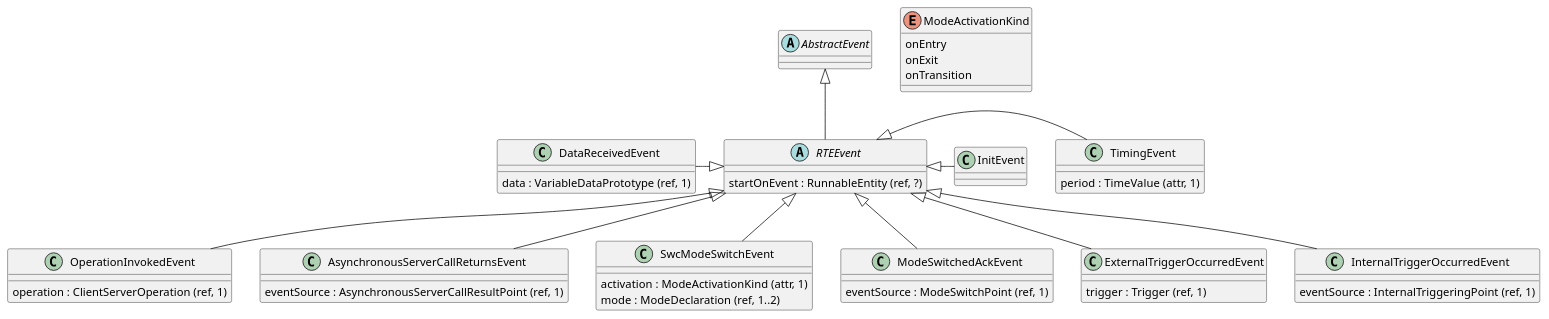
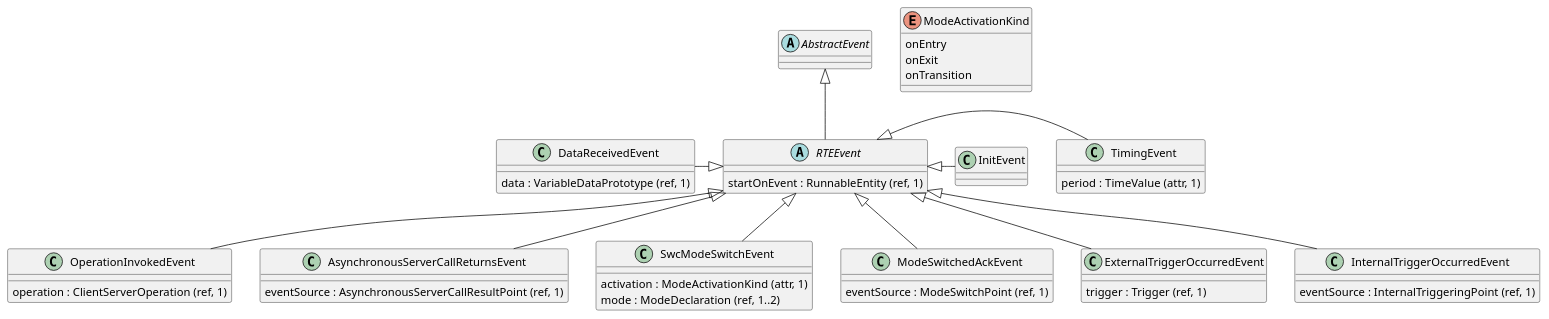
One commit to hazemanwer2000/knowledge-base changed diagram 15 of 19 in vault-base/Topics/Technical-Topics/OS/AUTOSAR/General/AUTOSAR-SW-Components.md. Above: the diagram before and after it, drawn with PlantUML. The commit also changed other lines of this file and 1 other file, not shown here.

Commit message:
AUTOSAR: BSW-MD!

````diff
--- a/vault-base/Topics/Technical-Topics/OS/AUTOSAR/General/AUTOSAR-SW-Components.md
+++ b/vault-base/Topics/Technical-Topics/OS/AUTOSAR/General/AUTOSAR-SW-Components.md
@@ -271,47 +271,47 @@
 ```plantuml
 abstract AbstractEvent
 abstract RTEEvent {
-	startOnEvent : RunnableEntity (ref, ?)
+	startOnEvent : RunnableEntity (ref, 1)
 }
 class TimingEvent {
 	period : TimeValue (attr, 1)
 }
 class InitEvent
 class DataReceivedEvent {
 	data : VariableDataPrototype (ref, 1)
 }
 class OperationInvokedEvent {
 	operation : ClientServerOperation (ref, 1)
 }
 class AsynchronousServerCallReturnsEvent {
 	eventSource : AsynchronousServerCallResultPoint (ref, 1)
 }
 class SwcModeSwitchEvent {
 	activation : ModeActivationKind (attr, 1)
 	mode : ModeDeclaration (ref, 1..2)
 }
 class ModeSwitchedAckEvent {
 	eventSource : ModeSwitchPoint (ref, 1)
 }
 class ExternalTriggerOccurredEvent {
 	trigger : Trigger (ref, 1)
 }
 class InternalTriggerOccurredEvent {
 	eventSource : InternalTriggeringPoint (ref, 1)
 }
 enum ModeActivationKind {
 	onEntry
 	onExit
 	onTransition
 }
 AbstractEvent <|-- RTEEvent
 RTEEvent <|-right- TimingEvent
 RTEEvent <|-right- InitEvent
 RTEEvent <|-left- DataReceivedEvent
 RTEEvent <|-- OperationInvokedEvent
 RTEEvent <|-- AsynchronousServerCallReturnsEvent
 RTEEvent <|-- SwcModeSwitchEvent
 RTEEvent <|-- ModeSwitchedAckEvent
 RTEEvent <|-- ExternalTriggerOccurredEvent
 RTEEvent <|-- InternalTriggerOccurredEvent
 ```
````
